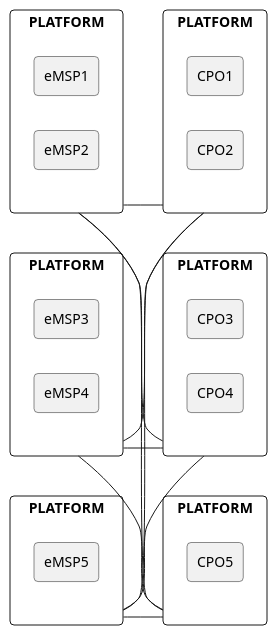
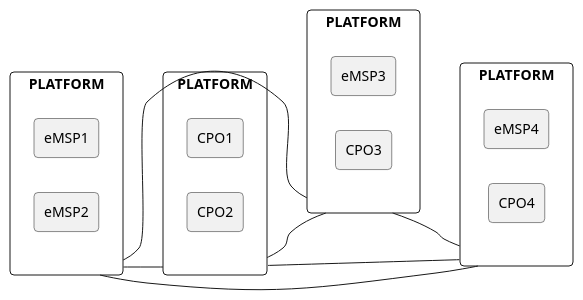
The diagram in plantuml/architecture_mutiple_platform_direct.plantuml (ocpi/ocpi), drawn with PlantUML before and after one commit. The commit also changed 10 other files, not shown here.

Commit message:
Improved some of the topology diagrams and texts

```diff
--- a/plantuml/architecture_mutiple_platform_direct.plantuml
+++ b/plantuml/architecture_mutiple_platform_direct.plantuml
@@ -1,49 +1,38 @@
 @startuml
 
 skinparam agentRoundCorner 8
 skinparam rectangleRoundCorner 8
 skinparam rectangleRoundCorner 8
 
 left to right direction
 
-  rectangle PLATFORM as MSP1 {
+  rectangle PLATFORM as MSPP1 {
     agent eMSP1
     agent eMSP2
   }
 
   rectangle PLATFORM as CPOP1 {
     agent CPO1
     agent CPO2
   }
 
 
-  rectangle PLATFORM as MSP2 {
+  rectangle PLATFORM as CPOMSP1 {
     agent eMSP3
-    agent eMSP4
+    agent CPO3
   }
 
-  rectangle PLATFORM as CPOP2 {
-    agent CPO3
+  rectangle PLATFORM as CPOMSP2 {
+    agent eMSP4
     agent CPO4
   }
 
-  rectangle PLATFORM as MSP3 {
-    agent eMSP5
-  }
 
-  rectangle PLATFORM as CPOP3 {
-    agent CPO5
- }
-
-MSP1 -- CPOP1
-MSP2 -- CPOP2
-MSP3 -- CPOP3
-
-MSP1 -- CPOP2
-MSP1 -- CPOP3
-MSP2 -- CPOP1
-MSP2 -- CPOP3
-MSP3 -- CPOP1
-MSP3 -- CPOP2
+MSPP1 -- CPOP1
+MSPP1 -- CPOMSP1
+MSPP1 -- CPOMSP2
+CPOP1 -- CPOMSP1
+CPOP1 -- CPOMSP2
+CPOMSP1 -- CPOMSP2
 
 @enduml
```
